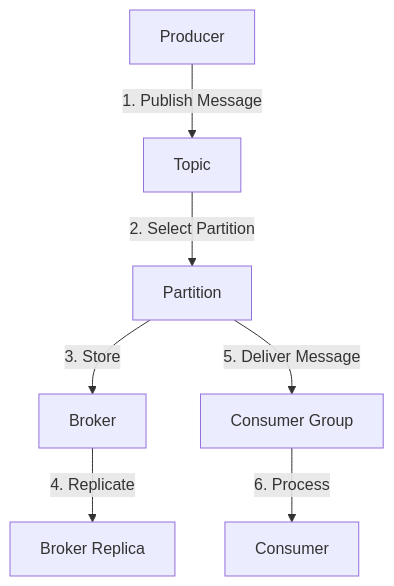
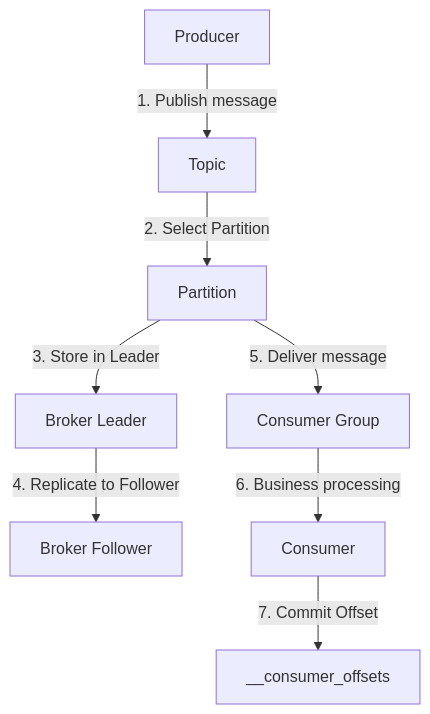
The sixth of 6 diagrams in content/en/docs/kafka/concepts/core-components.md (advanced-beginner/advanced-beginner.github.io), drawn with Mermaid before and after one commit. The commit also changed other lines of this file and 20 other files, not shown here.

````diff
--- a/content/en/docs/kafka/concepts/core-components.md
+++ b/content/en/docs/kafka/concepts/core-components.md
@@ -178,9 +376,10 @@
 ```mermaid
 flowchart TB
-    P[Producer] -->|"1. Publish Message"| T[Topic]
+    P[Producer] -->|"1. Publish message"| T[Topic]
     T -->|"2. Select Partition"| Part[Partition]
-    Part -->|"3. Store"| B[Broker]
-    B -->|"4. Replicate"| B2[Broker Replica]
-    Part -->|"5. Deliver Message"| CG[Consumer Group]
-    CG -->|"6. Process"| C[Consumer]
+    Part -->|"3. Store in Leader"| B[Broker Leader]
+    B -->|"4. Replicate to Follower"| B2[Broker Follower]
+    Part -->|"5. Deliver message"| CG[Consumer Group]
+    CG -->|"6. Business processing"| C[Consumer]
+    C -->|"7. Commit Offset"| OS[__consumer_offsets]
 ```
````
